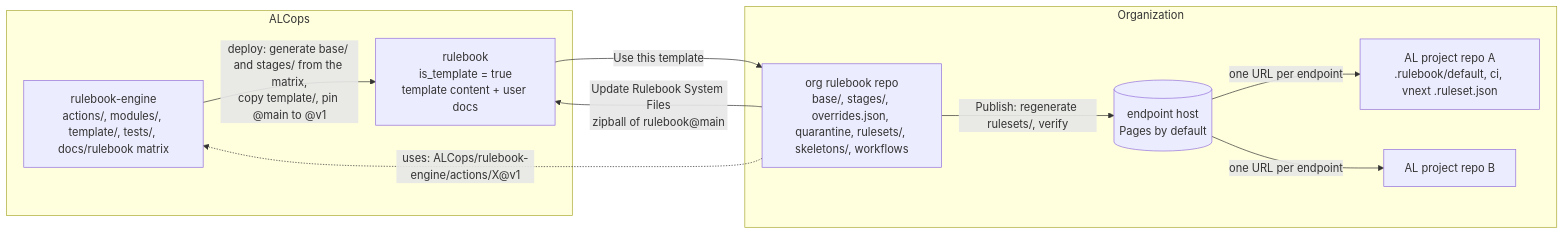
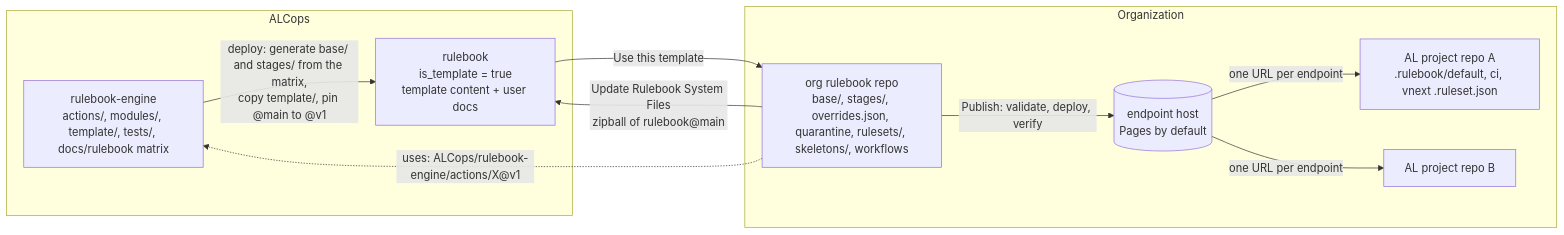
One commit to ALCops/rulebook-engine changed the first of 6 diagrams in docs/ARCHITECTURE.md. Above: the diagram before and after it, drawn with Mermaid. The commit also changed other lines of this file and 30 other files, not shown here.

````diff
--- a/docs/ARCHITECTURE.md
+++ b/docs/ARCHITECTURE.md
@@ -61,19 +61,19 @@
 ```mermaid
 flowchart LR
     subgraph alcops [ALCops]
         eng[rulebook-engine<br/>actions/, modules/, template/, tests/, docs/rulebook matrix]
         tpl[rulebook<br/>is_template = true<br/>template content + user docs]
     end
     subgraph org [Organization]
         orgrepo[org rulebook repo<br/>base/, stages/, overrides.json, quarantine, rulesets/, skeletons/, workflows]
         host[(endpoint host<br/>Pages by default)]
         proj1[AL project repo A<br/>.rulebook/default, ci, vnext .ruleset.json]
         proj2[AL project repo B]
     end
     eng -->|deploy: generate base/ and stages/ from the matrix,<br/>copy template/, pin @main to @v1| tpl
     tpl -->|Use this template| orgrepo
     orgrepo -.->|uses: ALCops/rulebook-engine/actions/X@v1| eng
     orgrepo -->|Update Rulebook System Files<br/>zipball of rulebook@main| tpl
-    orgrepo -->|Publish: regenerate rulesets/, verify| host
+    orgrepo -->|Publish: validate, deploy, verify| host
     host -->|one URL per endpoint| proj1 & proj2
 ```
````
